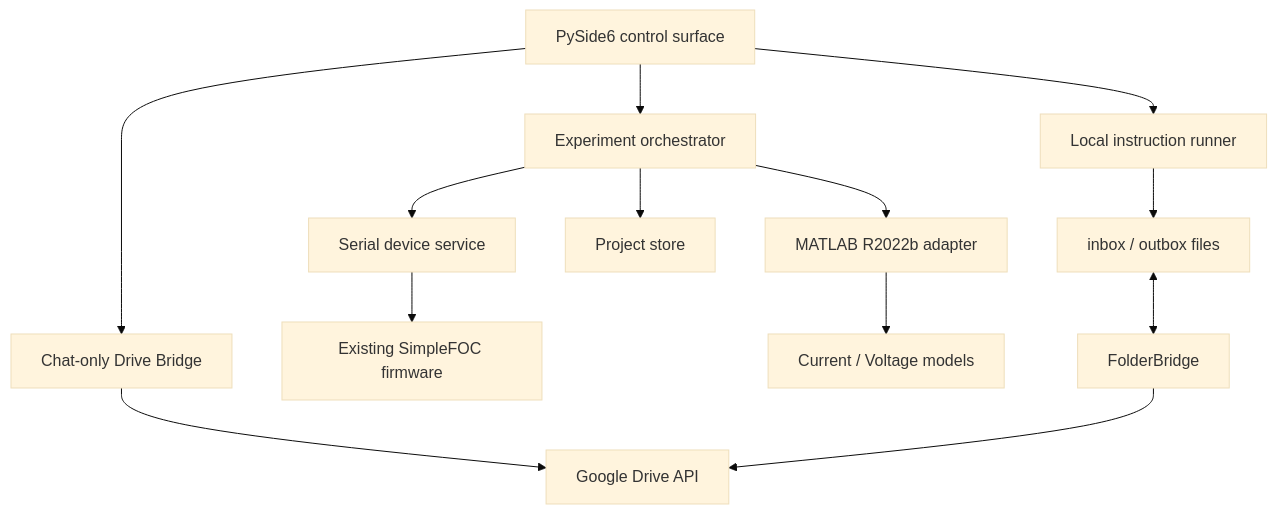
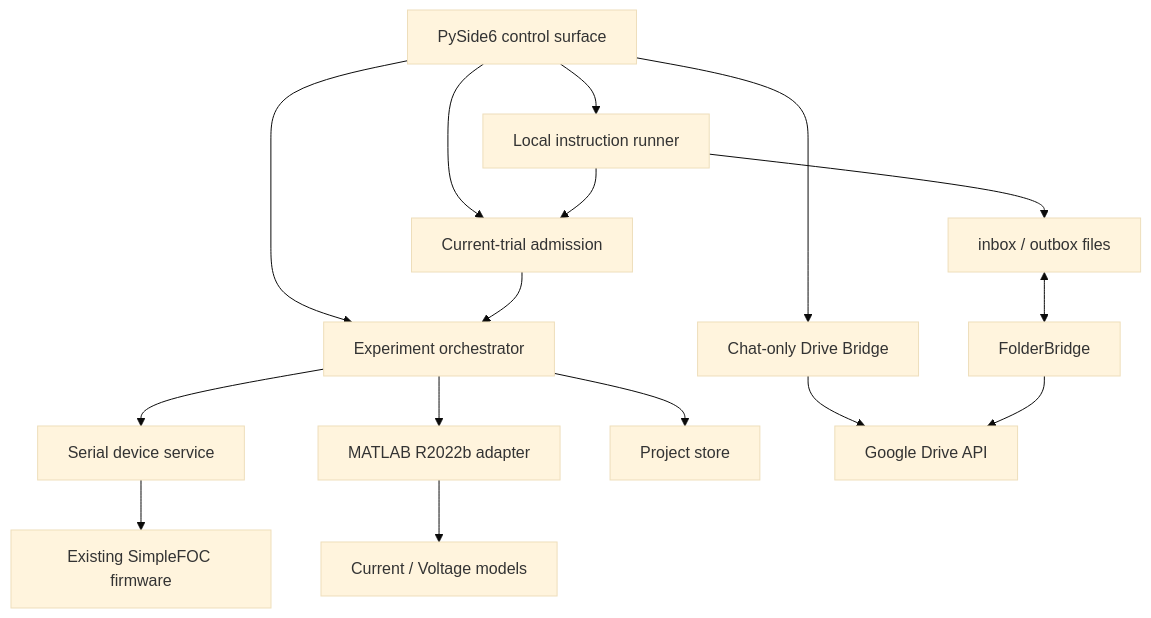
Before and after one commit to Granik115/FOCTwin: the diagram in docs/architecture.md, drawn with Mermaid (base theme). The commit also changed other lines of this file and 15 other files, not shown here.

Commit message:
Add shared current trial admission beta

````diff
--- a/docs/architecture.md
+++ b/docs/architecture.md
@@ -6,15 +6,18 @@
 ```mermaid
 flowchart TD
     UI["PySide6 control surface"] --> ORCH["Experiment orchestrator"]
     UI --> BRIDGE["Chat-only Drive Bridge"]
     UI --> RUNNER["Local instruction runner"]
+    UI --> ADMISSION["Current-trial admission"]
+    RUNNER --> ADMISSION
+    ADMISSION --> ORCH
     ORCH --> DEVICE["Serial device service"]
     ORCH --> MATLAB["MATLAB R2022b adapter"]
     ORCH --> STORE["Project store"]
     DEVICE --> FW["Existing SimpleFOC firmware"]
     MATLAB --> MODELS["Current / Voltage models"]
     BRIDGE --> DRIVE["Google Drive API"]
     RUNNER --> EXCHANGE["inbox / outbox files"]
     EXCHANGE <--> FOLDERBRIDGE["FolderBridge"]
     FOLDERBRIDGE --> DRIVE
 ```
````
